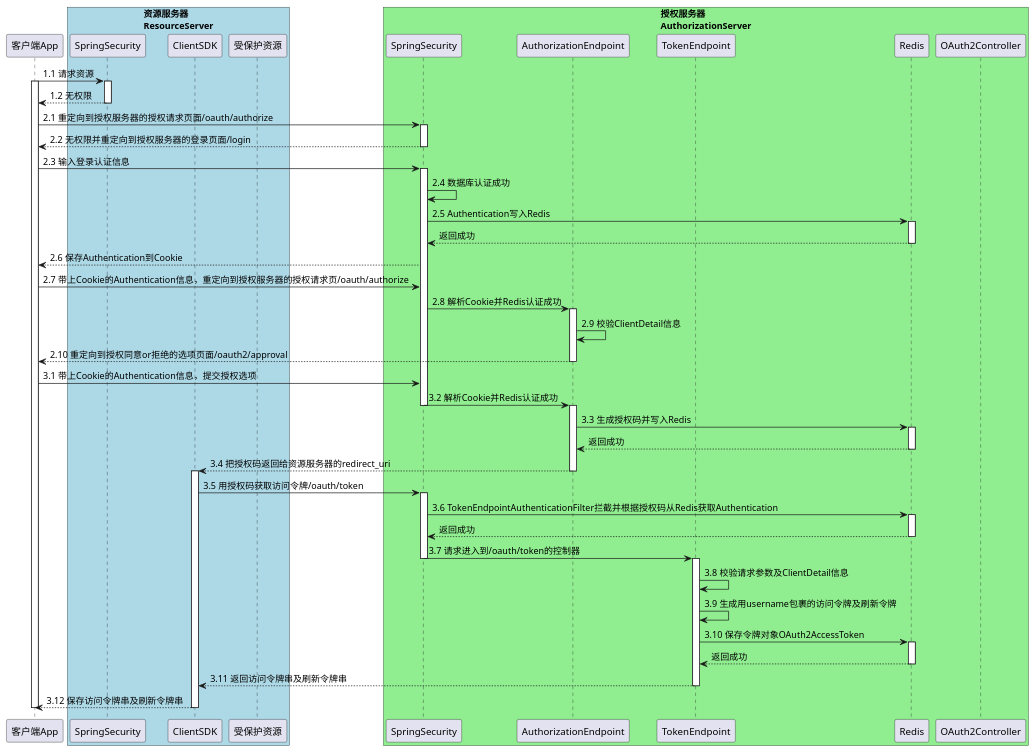
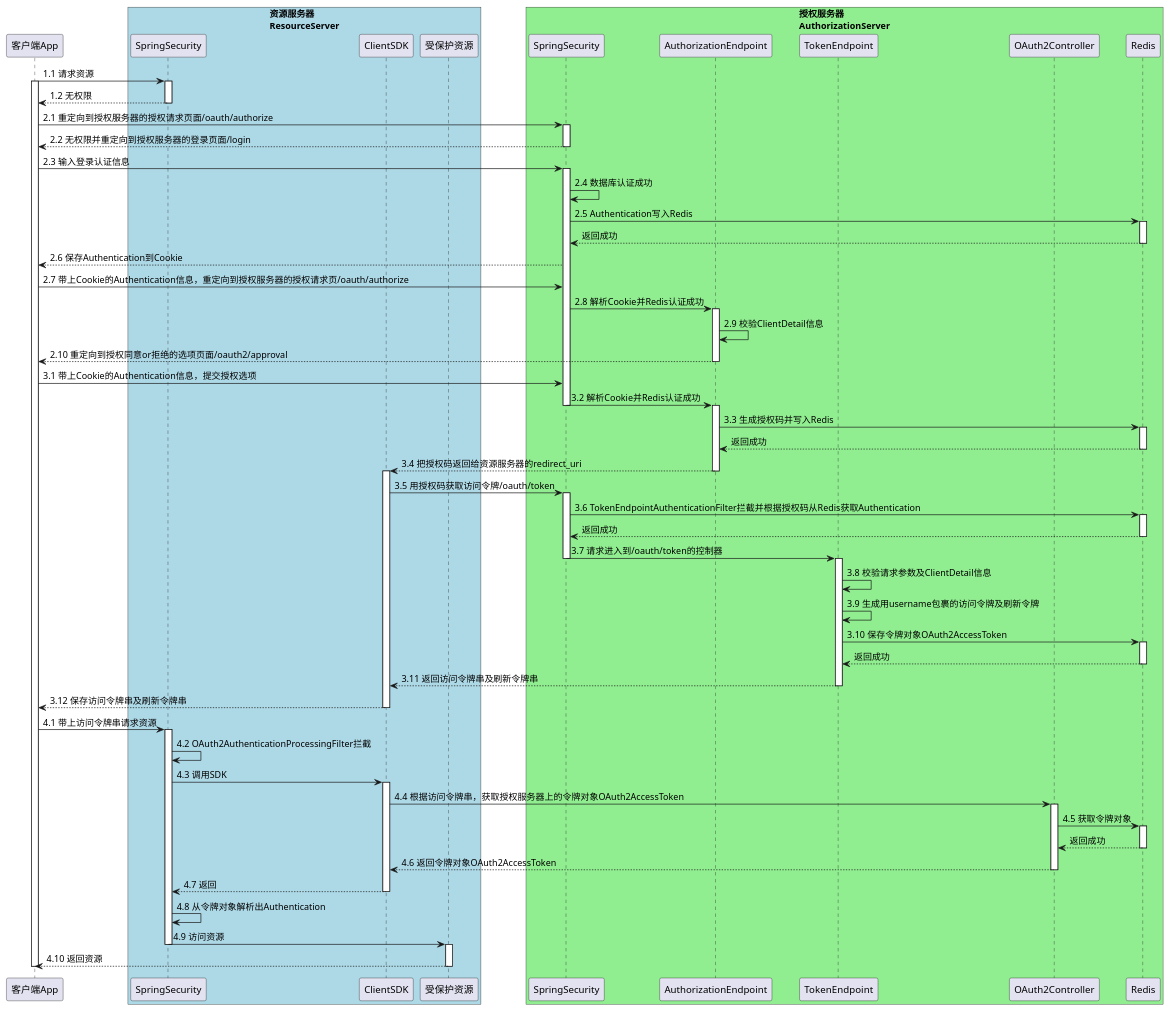
One commit to waltertan1988/oauth2-dist changed the diagram in oauth2-doc/charts/oauth2.puml. Above: the diagram before and after it, drawn with PlantUML. The commit also changed 2 other files, not shown here.

Commit message:
更新时序图

```diff
--- a/oauth2-doc/charts/oauth2.puml
+++ b/oauth2-doc/charts/oauth2.puml
@@ -1,87 +1,107 @@
 @startuml
 participant 客户端App as app
 
 box "资源服务器\nResourceServer" #LightBlue
 participant SpringSecurity as rss
 participant ClientSDK as sdk
 participant 受保护资源 as res
 endbox
 
 box "授权服务器\nAuthorizationServer" #LightGreen
 participant SpringSecurity as ass
 participant AuthorizationEndpoint as aep
 participant TokenEndpoint as atep
+participant OAuth2Controller as actl
 participant Redis as redis
-participant OAuth2Controller as actl
 endbox
 
 app -> rss: 1.1 请求资源
 activate app
 
 activate rss
 rss --> app: 1.2 无权限
 deactivate rss
 
 app -> ass: 2.1 重定向到授权服务器的授权请求页面/oauth/authorize
 activate ass
 ass --> app : 2.2 无权限并重定向到授权服务器的登录页面/login
 deactivate ass
 
 app -> ass: 2.3 输入登录认证信息
 activate ass
 ass -> ass: 2.4 数据库认证成功
 ass -> redis: 2.5 Authentication写入Redis
 activate redis
 redis --> ass: 返回成功
 deactivate redis
 ass --> app: 2.6 保存Authentication到Cookie
 
 app -> ass: 2.7 带上Cookie的Authentication信息，重定向到授权服务器的授权请求页/oauth/authorize
 ass -> aep: 2.8 解析Cookie并Redis认证成功
 activate aep
 aep -> aep: 2.9 校验ClientDetail信息
 aep --> app: 2.10 重定向到授权同意or拒绝的选项页面/oauth2/approval
 deactivate aep
 
 app -> ass: 3.1 带上Cookie的Authentication信息，提交授权选项
 ass -> aep: 3.2 解析Cookie并Redis认证成功
 deactivate ass
 
 activate aep
 aep -> redis: 3.3 生成授权码并写入Redis
 activate redis
 redis --> aep: 返回成功
 deactivate redis
 aep --> sdk: 3.4 把授权码返回给资源服务器的redirect_uri
 deactivate aep
 
 activate sdk
 sdk -> ass: 3.5 用授权码获取访问令牌/oauth/token
 activate ass
 ass -> redis: 3.6 TokenEndpointAuthenticationFilter拦截并根据授权码从Redis获取Authentication
 activate redis
 redis --> ass: 返回成功
 deactivate redis
 
 ass -> atep: 3.7 请求进入到/oauth/token的控制器
 deactivate ass
 
 activate atep
 atep -> atep: 3.8 校验请求参数及ClientDetail信息
 atep -> atep: 3.9 生成用username包裹的访问令牌及刷新令牌
 atep -> redis: 3.10 保存令牌对象OAuth2AccessToken
 activate redis
 redis --> atep: 返回成功
 deactivate redis
 atep --> sdk: 3.11 返回访问令牌串及刷新令牌串
 deactivate atep
 
 sdk --> app: 3.12 保存访问令牌串及刷新令牌串
 deactivate sdk
 
-deactivate aep
+app -> rss: 4.1 带上访问令牌串请求资源
+activate rss
+rss -> rss: 4.2 OAuth2AuthenticationProcessingFilter拦截
+rss -> sdk: 4.3 调用SDK
+activate sdk
+sdk -> actl: 4.4 根据访问令牌串，获取授权服务器上的令牌对象OAuth2AccessToken
+activate actl
+actl -> redis: 4.5 获取令牌对象
+activate redis
+redis --> actl: 返回成功
+deactivate redis
+actl --> sdk: 4.6 返回令牌对象OAuth2AccessToken
+deactivate actl
+sdk --> rss: 4.7 返回
+deactivate sdk
 
-deactivate ass
+rss -> rss: 4.8 从令牌对象解析出Authentication
+rss -> res: 4.9 访问资源
+deactivate rss
+
+activate res
+res --> app: 4.10 返回资源
+deactivate res
 
 deactivate app
 @enduml
```
